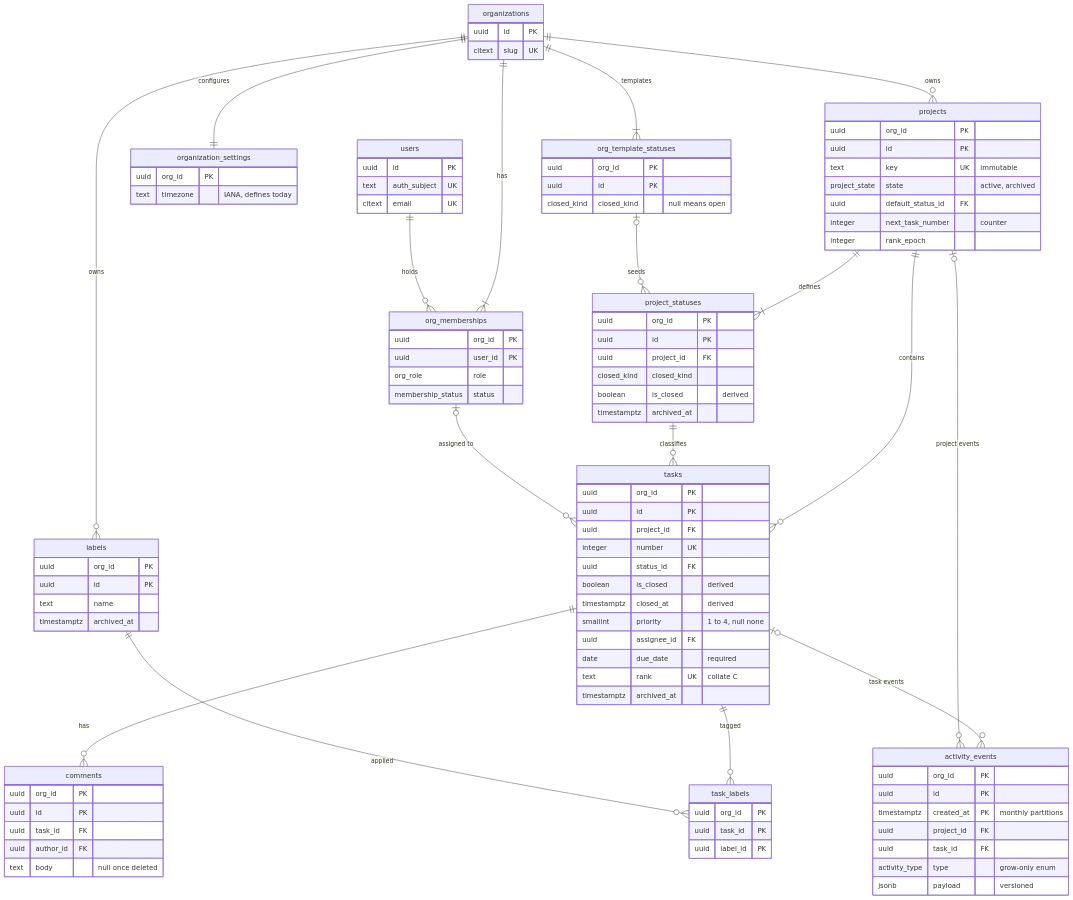
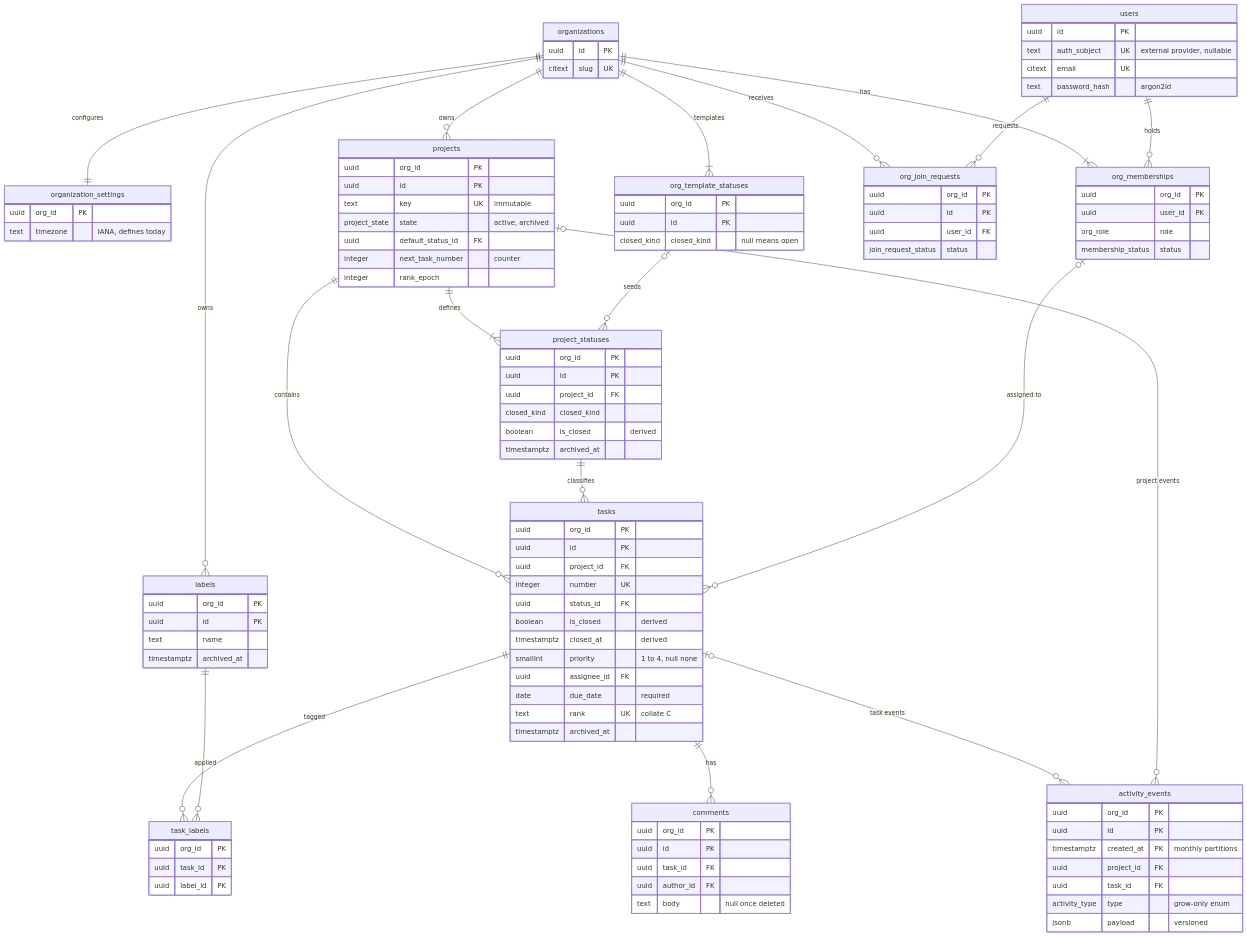
Before and after one commit to JeelVankhede/taskloom: the diagram in docs/1.2-data-model.md, drawn with Mermaid. The commit also changed other lines of this file and 8 other files, not shown here.

```diff
--- a/docs/1.2-data-model.md
+++ b/docs/1.2-data-model.md
@@ -29,8 +29,9 @@
 erDiagram
     users {
         uuid id PK
-        text auth_subject UK
+        text auth_subject UK "external provider, nullable"
         citext email UK
+        text password_hash "argon2id"
     }
     organizations {
         uuid id PK
@@ -88,6 +89,12 @@
         text name
         timestamptz archived_at
     }
+    org_join_requests {
+        uuid org_id PK
+        uuid id PK
+        uuid user_id FK
+        join_request_status status
+    }
     task_labels {
         uuid org_id PK
         uuid task_id PK
@@ -113,6 +120,8 @@
     organizations ||--|| organization_settings : configures
     organizations ||--|{ org_memberships : has
     users ||--o{ org_memberships : holds
+    organizations ||--o{ org_join_requests : receives
+    users ||--o{ org_join_requests : requests
     organizations ||--|{ org_template_statuses : templates
     organizations ||--o{ projects : owns
     organizations ||--o{ labels : owns
```
